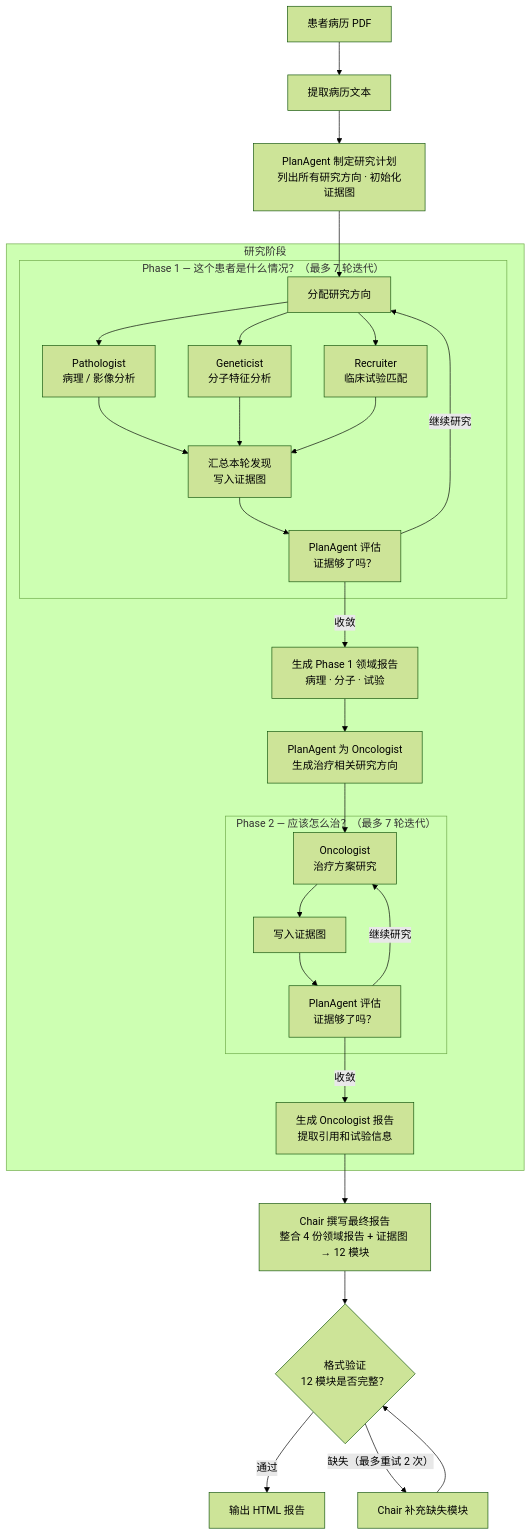
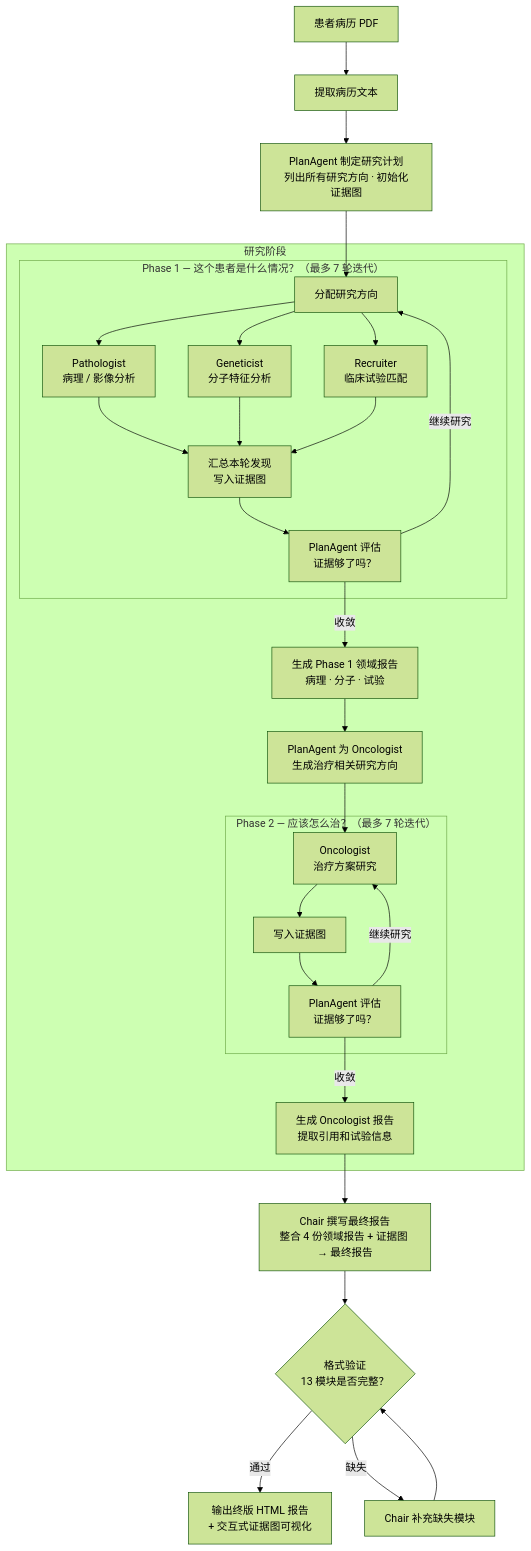
The diagram in docs/MTB_Design.md (Zachary77-code/mtb), drawn with Mermaid (forest theme) before and after one commit. The commit also changed other lines of this file, not shown here.

````diff
--- a/docs/MTB_Design.md
+++ b/docs/MTB_Design.md
@@ -47,39 +48,39 @@
 ```mermaid
 flowchart TD
     PDF["患者病历 PDF"] --> Parse["提取病历文本"]
     Parse --> Plan["PlanAgent 制定研究计划<br/>列出所有研究方向 · 初始化证据图"]
 
     Plan --> P1Start
 
     subgraph Research["研究阶段"]
 
         subgraph P1["Phase 1 — 这个患者是什么情况？（最多 7 轮迭代）"]
             P1Start["分配研究方向"] --> Path["Pathologist<br/>病理 / 影像分析"]
             P1Start --> Gene["Geneticist<br/>分子特征分析"]
             P1Start --> Recr["Recruiter<br/>临床试验匹配"]
             Path --> Merge["汇总本轮发现<br/>写入证据图"]
             Gene --> Merge
             Recr --> Merge
             Merge --> Eval1["PlanAgent 评估<br/>证据够了吗？"]
             Eval1 -->|"继续研究"| P1Start
         end
 
         Eval1 -->|"收敛"| GenP1["生成 Phase 1 领域报告<br/>病理 · 分子 · 试验"]
         GenP1 --> P2Plan["PlanAgent 为 Oncologist<br/>生成治疗相关研究方向"]
         P2Plan --> Onco
 
         subgraph P2["Phase 2 — 应该怎么治？（最多 7 轮迭代）"]
             Onco["Oncologist<br/>治疗方案研究"] --> Merge2["写入证据图"]
             Merge2 --> Eval2["PlanAgent 评估<br/>证据够了吗？"]
             Eval2 -->|"继续研究"| Onco
         end
 
         Eval2 -->|"收敛"| GenP2["生成 Oncologist 报告<br/>提取引用和试验信息"]
     end
 
-    GenP2 --> Chair["Chair 撰写最终报告<br/>整合 4 份领域报告 + 证据图 → 12 模块"]
-    Chair --> Verify{"格式验证<br/>12 模块是否完整？"}
-    Verify -->|"通过"| HTML["输出 HTML 报告"]
-    Verify -->|"缺失（最多重试 2 次）"| Retry["Chair 补充缺失模块"]
+    GenP2 --> Chair["Chair 撰写最终报告<br/>整合 4 份领域报告 + 证据图 → 最终报告"]
+    Chair --> Verify{"格式验证<br/>13 模块是否完整？"}
+    Verify -->|"通过"| HTML["输出终版 HTML 报告<br/>+ 交互式证据图可视化"]
+    Verify -->|"缺失"| Retry["Chair 补充缺失模块"]
     Retry --> Verify
 ```
````
